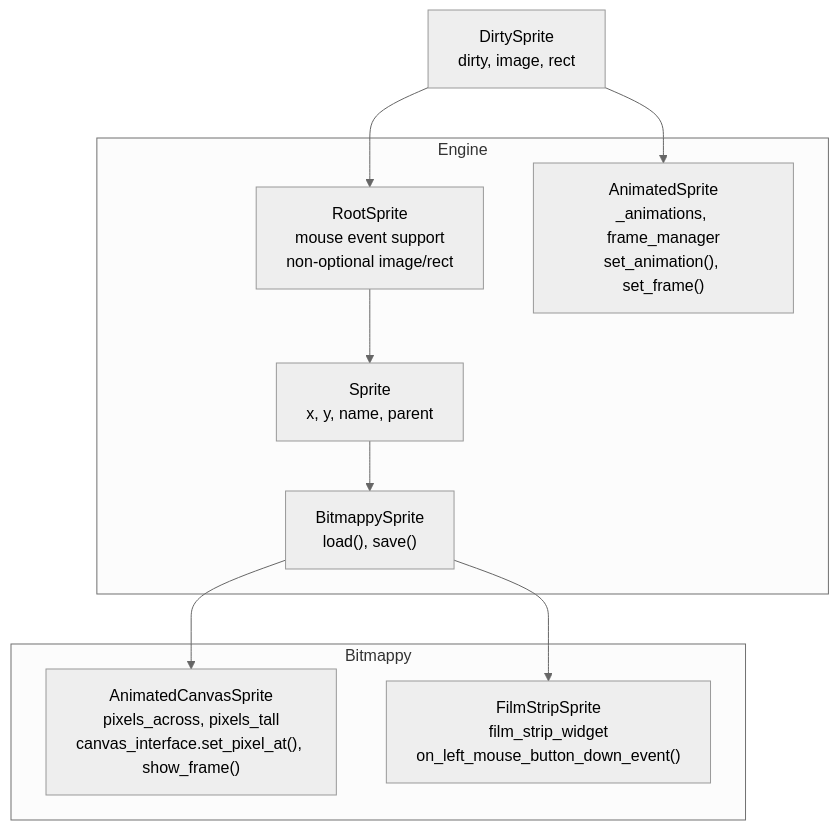
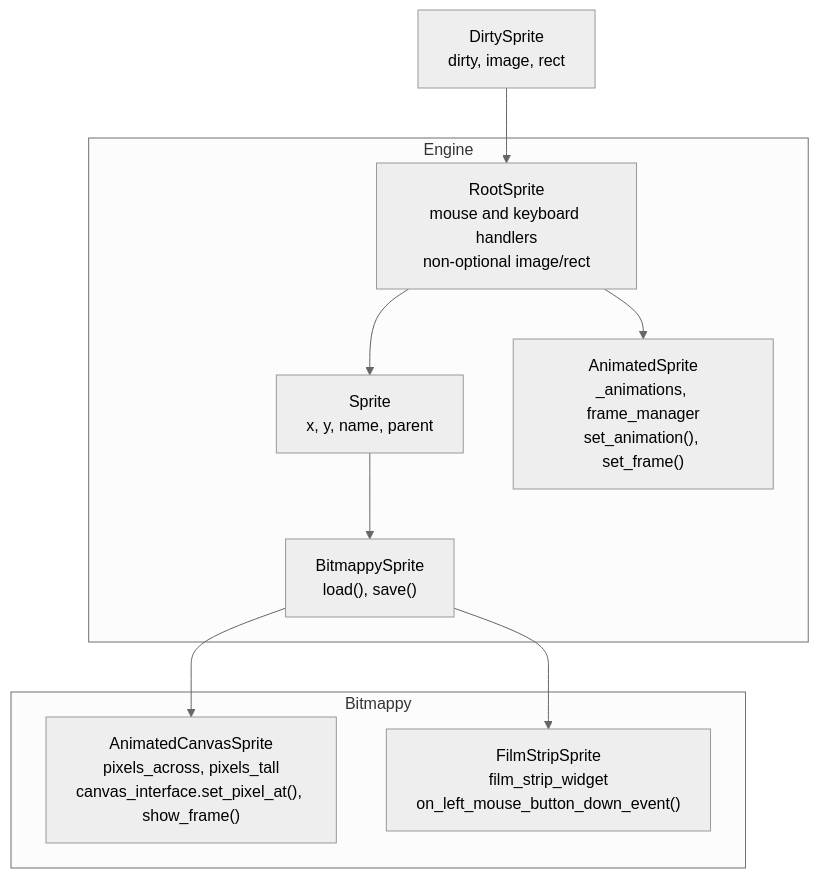
Before and after one commit to terrysimons/glitchygames: the fourth of 10 diagrams in docs/architecture/bitmappy.md, drawn with Mermaid (neutral theme). The commit also changed other lines of this file and 29 other files, not shown here.

````diff
--- a/docs/architecture/bitmappy.md
+++ b/docs/architecture/bitmappy.md
@@ -225,18 +227,18 @@
 ```mermaid
 flowchart TD
     DS["DirtySprite\ndirty, image, rect"]
     subgraph ENGINE_SPRITE_HIERARCHY["Engine"]
-        RS["RootSprite\nmouse event support\nnon-optional image/rect"]
+        RS["RootSprite\nmouse and keyboard handlers\nnon-optional image/rect"]
         RS --> SP["Sprite\nx, y, name, parent"]
         SP --> BS["BitmappySprite\nload#40;#41;, save#40;#41;"]
         AS["AnimatedSprite\n_animations, frame_manager\nset_animation#40;#41;, set_frame#40;#41;"]
     end
     subgraph APP_SPRITE_HIERARCHY["Bitmappy"]
         ACS["AnimatedCanvasSprite\npixels_across, pixels_tall\ncanvas_interface.set_pixel_at#40;#41;, show_frame#40;#41;"]
         FSS["FilmStripSprite\nfilm_strip_widget\non_left_mouse_button_down_event#40;#41;"]
     end
     DS --> RS
-    DS --> AS
+    RS --> AS
     BS --> ACS
     BS --> FSS
 ```
````
